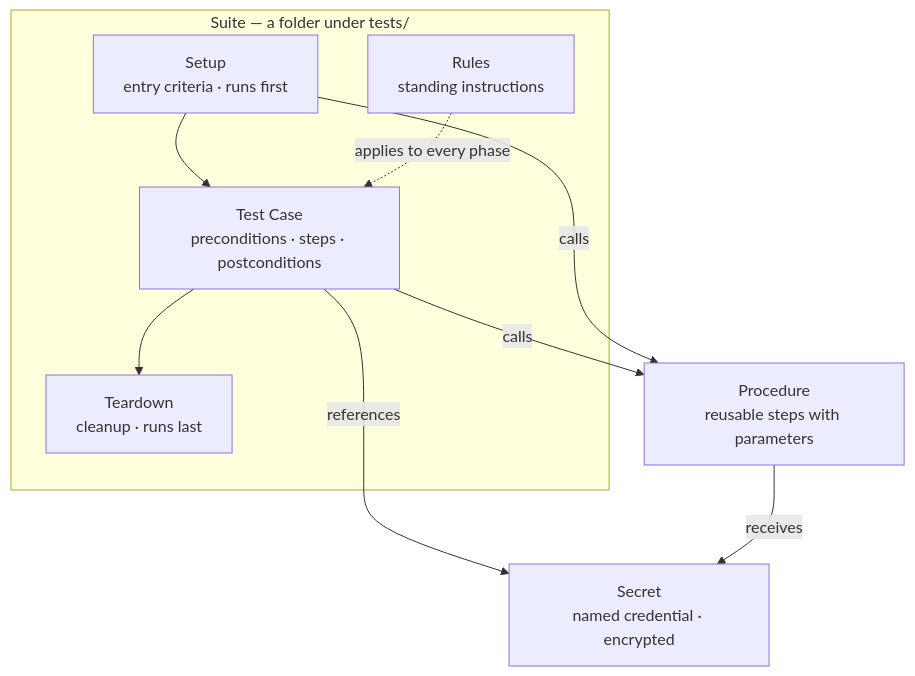
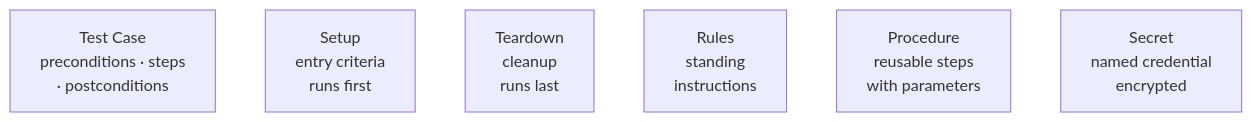
The diagram in content/docs/writing-tests/index.mdx (askui/docs-rewrite), drawn with Mermaid before and after one commit.

Commit message:
docs(test-cases): concepts as six plain blocks in one row, no connections

````diff
--- a/content/docs/writing-tests/index.mdx
+++ b/content/docs/writing-tests/index.mdx
@@ -21,23 +21,22 @@
 ```mermaid
-flowchart TB
-  subgraph SUITE["Suite — a folder under tests/"]
-    SETUP["Setup
-entry criteria · runs first"]
-    TC["Test Case
-preconditions · steps · postconditions"]
-    TEARDOWN["Teardown
-cleanup · runs last"]
-    RULES["Rules
-standing instructions"]
-  end
+flowchart LR
+  TC["Test Case
+preconditions · steps
+· postconditions"]
+  SETUP["Setup
+entry criteria
+runs first"]
+  TEARDOWN["Teardown
+cleanup
+runs last"]
+  RULES["Rules
+standing
+instructions"]
   PROC["Procedure
-reusable steps with parameters"]
+reusable steps
+with parameters"]
   SEC["Secret
-named credential · encrypted"]
-  SETUP --> TC --> TEARDOWN
-  RULES -.applies to every phase.-> TC
-  TC -- calls --> PROC
-  SETUP -- calls --> PROC
-  TC -- references --> SEC
-  PROC -- receives --> SEC
+named credential
+encrypted"]
+  TC ~~~ SETUP ~~~ TEARDOWN ~~~ RULES ~~~ PROC ~~~ SEC
 ```
````
